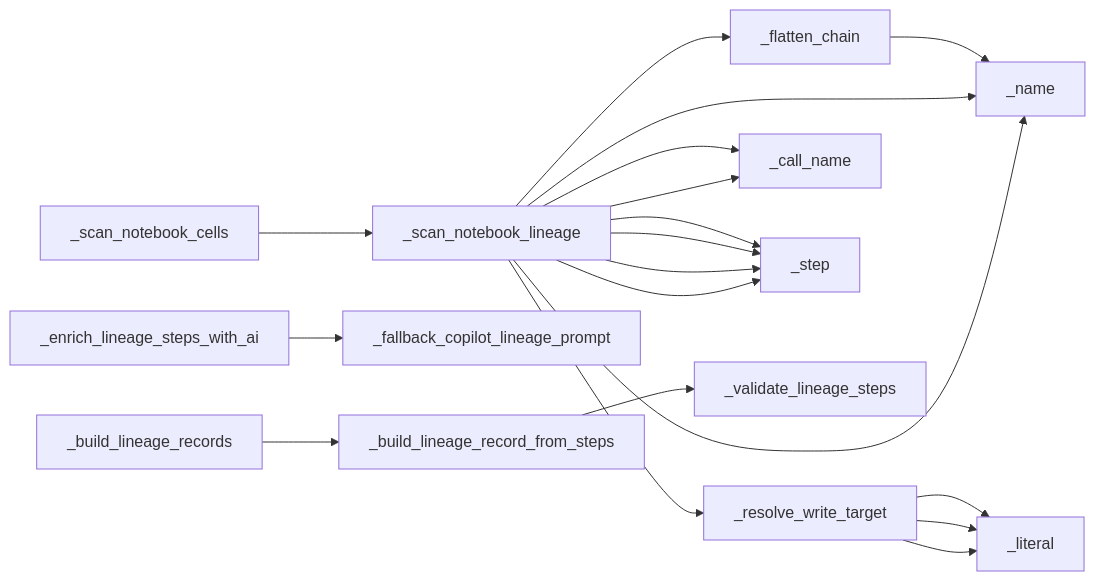
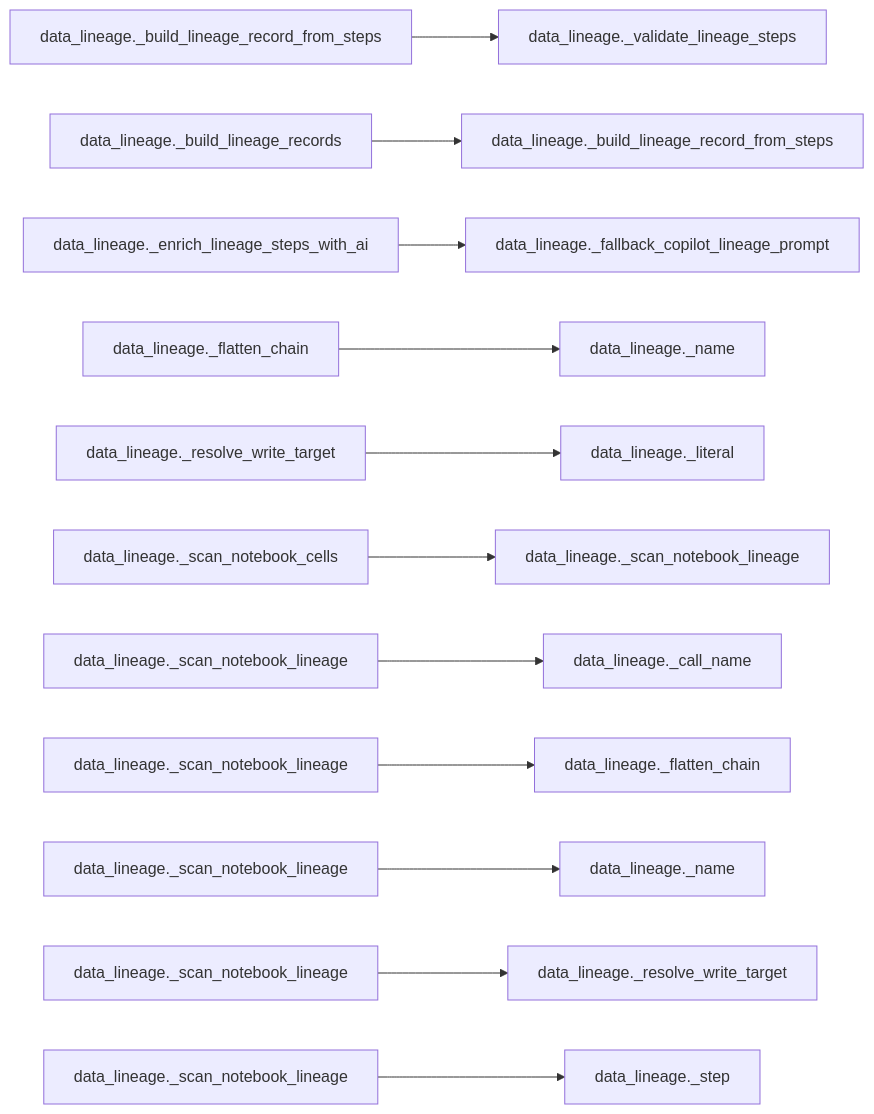
One commit to Voycepeh/FabricOps-Starter-Kit changed the first of 2 diagrams in docs/api/modules/data_lineage.md. Above: the diagram before and after it, drawn with Mermaid. The commit also changed other lines of this file and 14 other files, not shown here.

Commit message:
Polish dependency graph rendering and module docs UX

````diff
--- a/docs/api/modules/data_lineage.md
+++ b/docs/api/modules/data_lineage.md
@@ -46,21 +49,14 @@
 ```mermaid
 flowchart LR
-  _flatten_chain --> _name
-  _resolve_write_target --> _literal
-  _resolve_write_target --> _literal
-  _resolve_write_target --> _literal
-  _scan_notebook_lineage --> _name
-  _scan_notebook_lineage --> _call_name
-  _scan_notebook_lineage --> _flatten_chain
-  _scan_notebook_lineage --> _call_name
-  _scan_notebook_lineage --> _step
-  _scan_notebook_lineage --> _step
-  _scan_notebook_lineage --> _step
-  _scan_notebook_lineage --> _name
-  _scan_notebook_lineage --> _step
-  _scan_notebook_lineage --> _resolve_write_target
-  _scan_notebook_cells --> _scan_notebook_lineage
-  _enrich_lineage_steps_with_ai --> _fallback_copilot_lineage_prompt
-  _build_lineage_record_from_steps --> _validate_lineage_steps
-  _build_lineage_records --> _build_lineage_record_from_steps
+  n1["data_lineage._build_lineage_record_from_steps"] --> n1b["data_lineage._validate_lineage_steps"]
+  n2["data_lineage._build_lineage_records"] --> n2b["data_lineage._build_lineage_record_from_steps"]
+  n3["data_lineage._enrich_lineage_steps_with_ai"] --> n3b["data_lineage._fallback_copilot_lineage_prompt"]
+  n4["data_lineage._flatten_chain"] --> n4b["data_lineage._name"]
+  n5["data_lineage._resolve_write_target"] --> n5b["data_lineage._literal"]
+  n6["data_lineage._scan_notebook_cells"] --> n6b["data_lineage._scan_notebook_lineage"]
+  n7["data_lineage._scan_notebook_lineage"] --> n7b["data_lineage._call_name"]
+  n8["data_lineage._scan_notebook_lineage"] --> n8b["data_lineage._flatten_chain"]
+  n9["data_lineage._scan_notebook_lineage"] --> n9b["data_lineage._name"]
+  n10["data_lineage._scan_notebook_lineage"] --> n10b["data_lineage._resolve_write_target"]
+  n11["data_lineage._scan_notebook_lineage"] --> n11b["data_lineage._step"]
 ```
````
